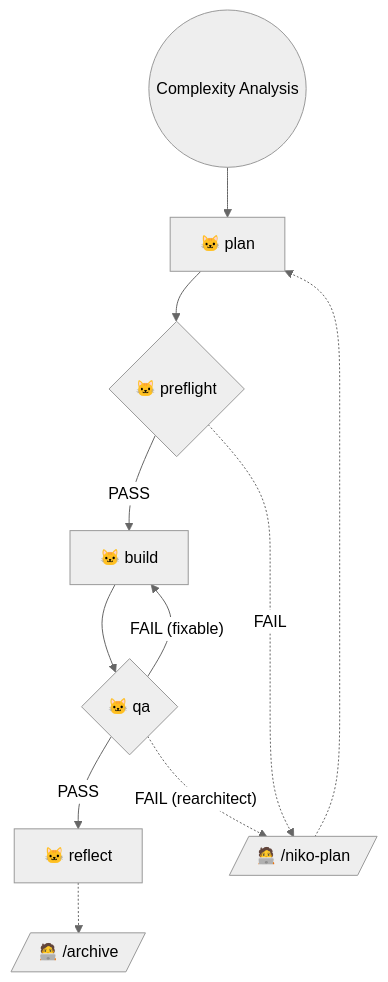
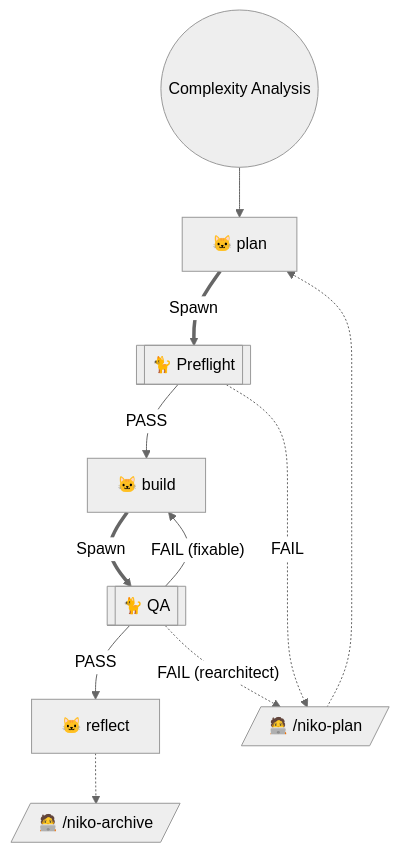
One commit to Texarkanine/jekyll-highlight-cards changed the diagram in .cursor/skills/shared/niko/references/level2/level2-workflow.md. Above: the diagram before and after it, drawn with Mermaid (neutral theme). The commit also changed other lines of this file and 15 other files, not shown here.

````diff
--- a/.cursor/skills/shared/niko/references/level2/level2-workflow.md
+++ b/.cursor/skills/shared/niko/references/level2/level2-workflow.md
@@ -9,15 +9,15 @@
 ```mermaid
 graph TD
     Start(("Complexity Analysis")) --> NikoPlan["🐱 plan"]
-    NikoPlan --> NikoPreflight{"🐱 preflight"}
+    NikoPlan ==Spawn==> NikoPreflight[["🐈 Preflight"]]
     NikoPreflight -->|"PASS"| NikoBuild["🐱 build"]
     NikoPreflight -.->|"FAIL"| ManualPlan[/"🧑‍💻 /niko-plan"/]
 
-    NikoBuild --> NikoQA{"🐱 qa"}
+    NikoBuild ==Spawn==> NikoQA[["🐈 QA"]]
     NikoQA -->|"PASS"| NikoReflect["🐱 reflect"]
-    NikoReflect -.-> ManualArchive[/"🧑‍💻 /archive"/]
+    NikoReflect -.-> ManualArchive[/"🧑‍💻 /niko-archive"/]
     NikoQA -->|"FAIL (fixable)"| NikoBuild
     NikoQA -.->|"FAIL (rearchitect)"| ManualPlan
 
     ManualPlan -.-> NikoPlan
 ```
````
